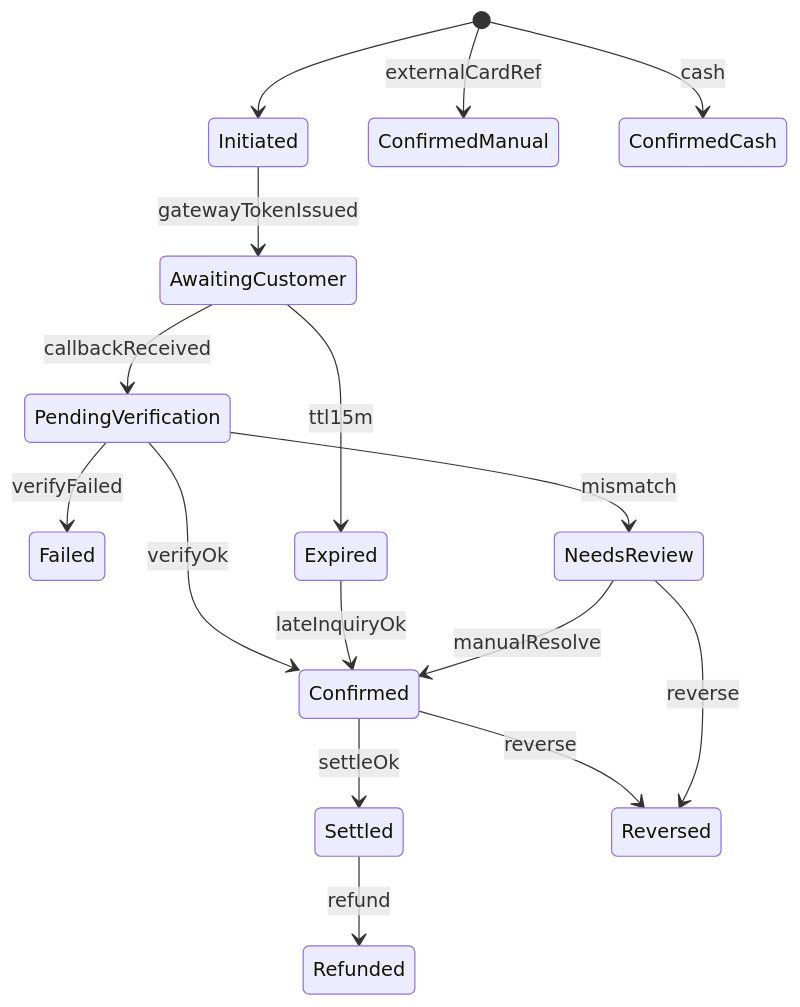
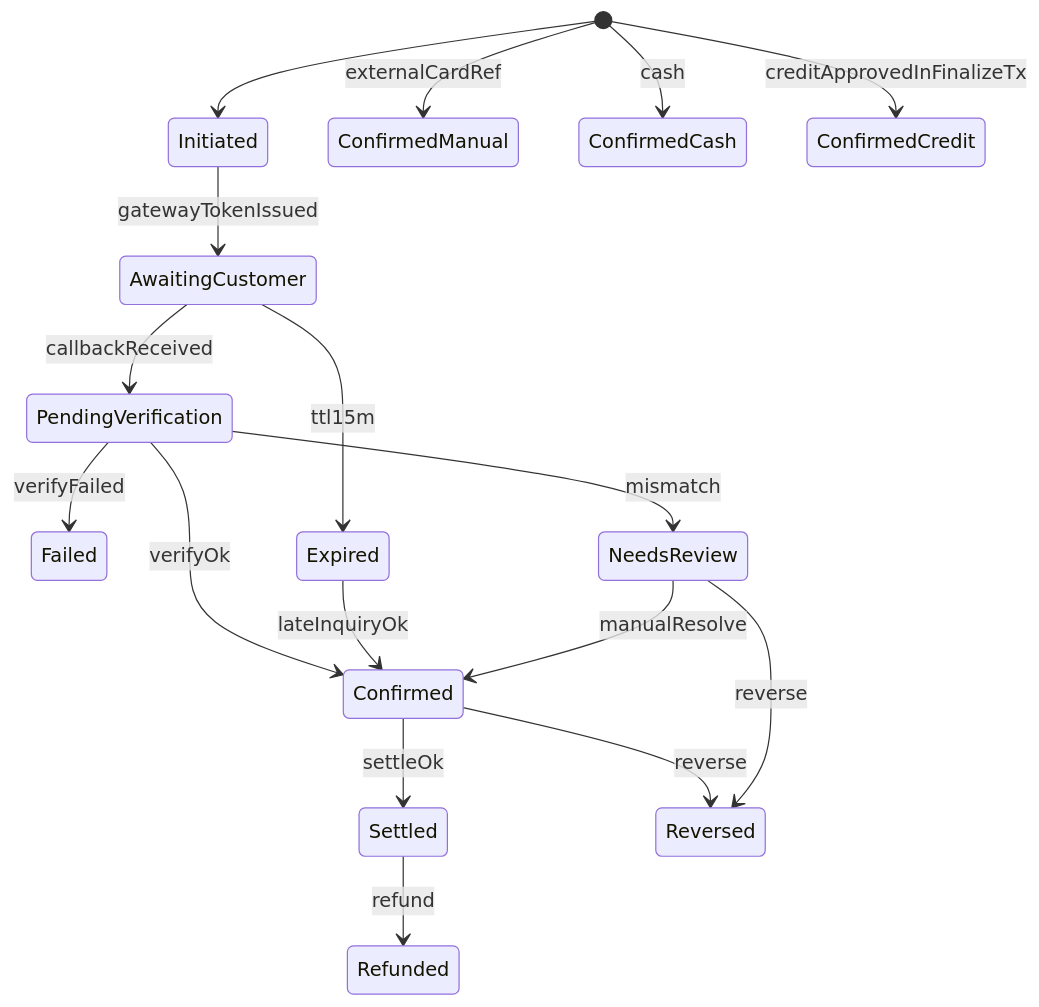
Before and after one commit to smasoudpardis-wq/sabaddar.ir: the second of 3 diagrams in docs/00-product/D02-SRS-Functional-NonFunctional.md, drawn with Mermaid. The commit also changed other lines of this file and 2 other files, not shown here.

First line of the commit message:
docs: apply client answers — credit sales in MVP, configurable receipt templates, retention and Moadian deadline policies

````diff
--- a/docs/00-product/D02-SRS-Functional-NonFunctional.md
+++ b/docs/00-product/D02-SRS-Functional-NonFunctional.md
@@ -490,18 +534,19 @@
 ```mermaid
 stateDiagram-v2
   [*] --> Initiated
   Initiated --> AwaitingCustomer: gatewayTokenIssued
   AwaitingCustomer --> PendingVerification: callbackReceived
   PendingVerification --> Confirmed: verifyOk
   PendingVerification --> Failed: verifyFailed
   PendingVerification --> NeedsReview: mismatch
   AwaitingCustomer --> Expired: ttl15m
   Expired --> Confirmed: lateInquiryOk
   Confirmed --> Settled: settleOk
   Confirmed --> Reversed: reverse
   NeedsReview --> Reversed: reverse
   NeedsReview --> Confirmed: manualResolve
   Settled --> Refunded: refund
   [*] --> ConfirmedManual: externalCardRef
   [*] --> ConfirmedCash: cash
+  [*] --> ConfirmedCredit: creditApprovedInFinalizeTx
 ```
````
